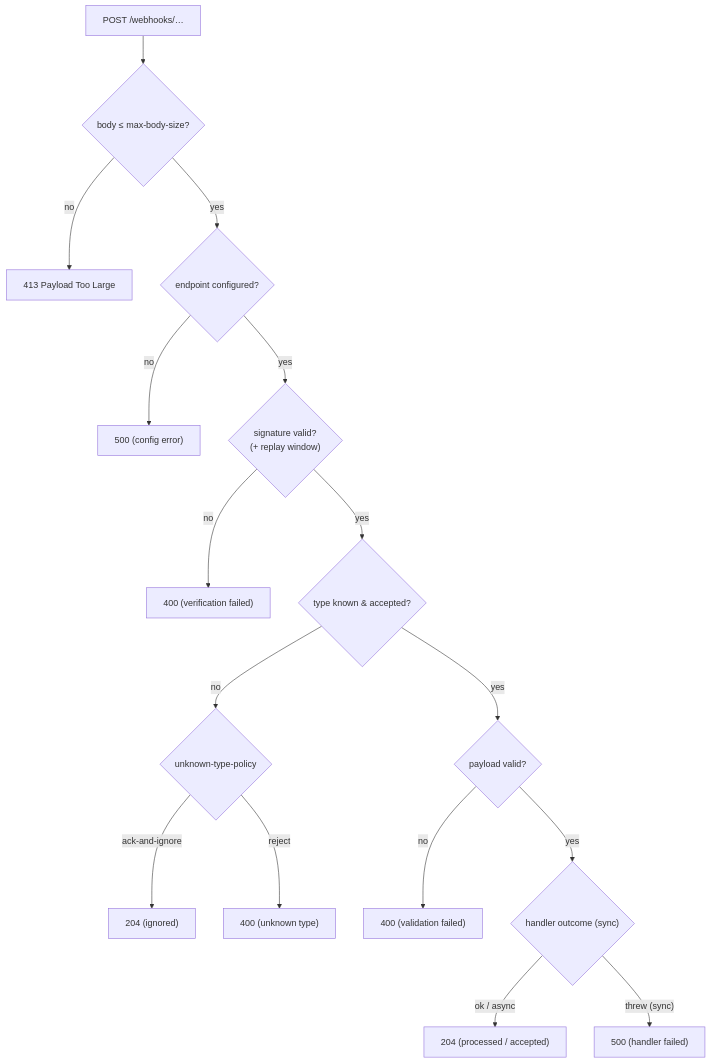
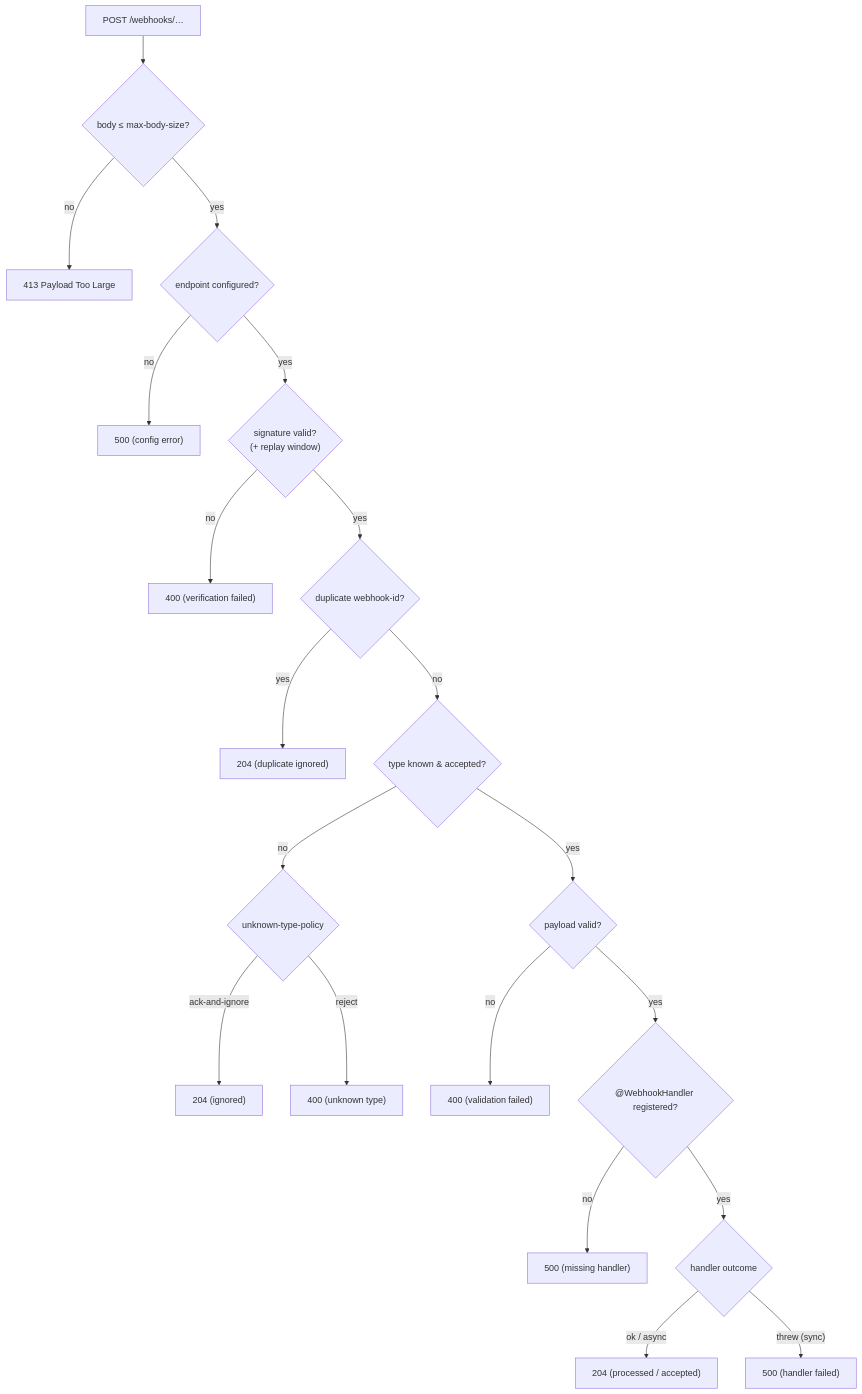
One commit to jinternals/webhooks changed the diagram in docs/reference/http-status-codes.md. Above: the diagram before and after it, drawn with Mermaid. The commit also changed other lines of this file and 13 other files, not shown here.

Commit message:
Fix documentation discrepancies, Mermaid syntax, and CI/Dependabot coverage

````diff
--- a/docs/reference/http-status-codes.md
+++ b/docs/reference/http-status-codes.md
@@ -7,18 +7,22 @@
 ```mermaid
 flowchart TD
     In["POST /webhooks/…"] --> Size{"body ≤ max-body-size?"}
     Size -- no --> C413["413 Payload Too Large"]
     Size -- yes --> Cfg{"endpoint configured?"}
     Cfg -- no --> C500a["500 (config error)"]
     Cfg -- yes --> Verify{"signature valid?<br/>(+ replay window)"}
     Verify -- no --> C400v["400 (verification failed)"]
-    Verify -- yes --> Type{"type known & accepted?"}
+    Verify -- yes --> Dedup{"duplicate webhook-id?"}
+    Dedup -- yes --> C204d["204 (duplicate ignored)"]
+    Dedup -- no --> Type{"type known & accepted?"}
     Type -- no --> Policy{"unknown-type-policy"}
-    Policy -- ack-and-ignore --> C204u["204 (ignored)"]
-    Policy -- reject --> C400t["400 (unknown type)"]
+    Policy -- "ack-and-ignore" --> C204u["204 (ignored)"]
+    Policy -- "reject" --> C400t["400 (unknown type)"]
     Type -- yes --> Validate{"payload valid?"}
     Validate -- no --> C400s["400 (validation failed)"]
-    Validate -- yes --> Handler{"handler outcome (sync)"}
-    Handler -- ok / async --> C204ok["204 (processed / accepted)"]
-    Handler -- threw (sync) --> C500h["500 (handler failed)"]
+    Validate -- yes --> HasH{"@WebhookHandler registered?"}
+    HasH -- no --> C500m["500 (missing handler)"]
+    HasH -- yes --> Handler{"handler outcome"}
+    Handler -- "ok / async" --> C204ok["204 (processed / accepted)"]
+    Handler -- "threw (sync)" --> C500h["500 (handler failed)"]
 ```
````
